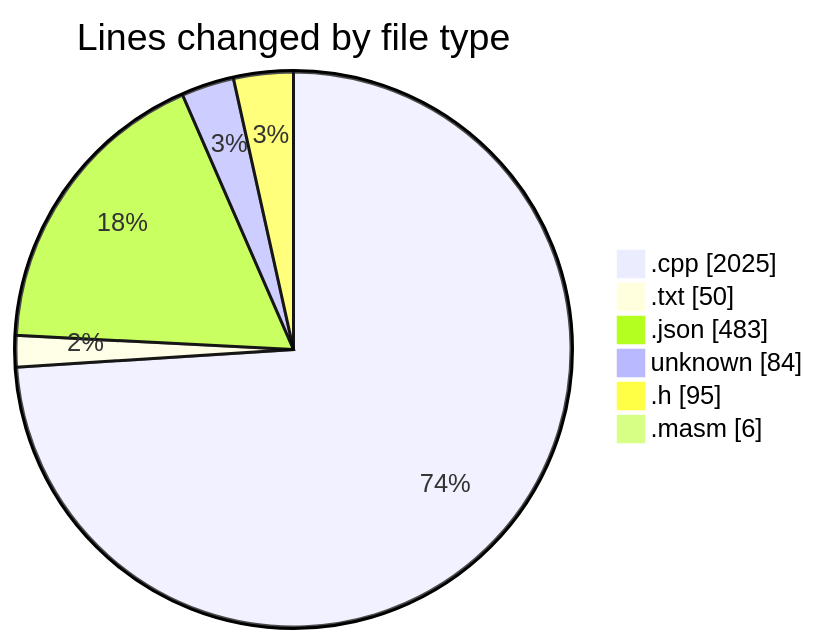
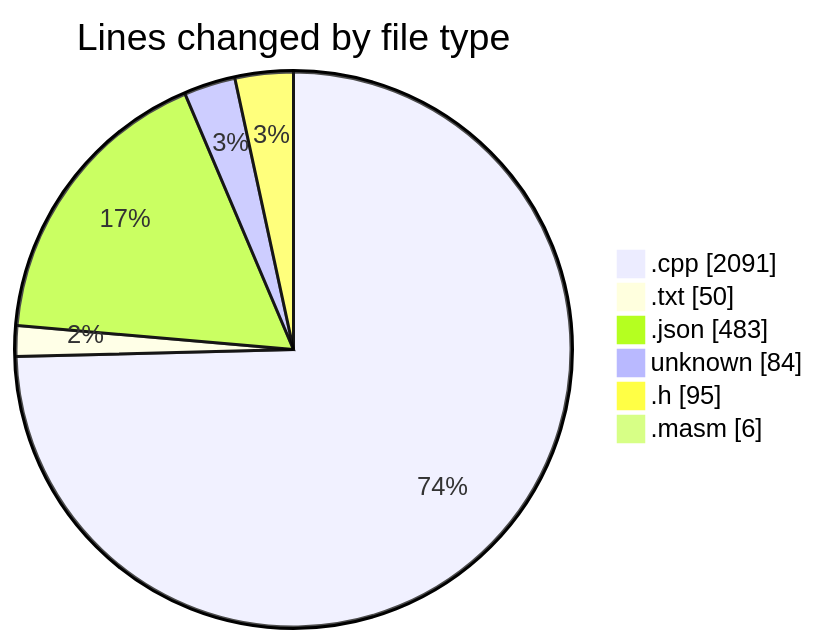
The first of 2 diagrams in 2025-04-28/c-masm/README.md (charlie-sans/code-tracking), drawn with Mermaid before and after one commit. The commit also changed other lines of this file and 1 other file, not shown here.

````diff
--- a/2025-04-28/c-masm/README.md
+++ b/2025-04-28/c-masm/README.md
@@ -29,10 +29,10 @@
 ```mermaid
 pie showData
 title Lines changed by file type
-".cpp" : 2025
+".cpp" : 2091
 ".txt" : 50
 ".json" : 483
 "unknown" : 84
 ".h" : 95
 ".masm" : 6
 ```
````
